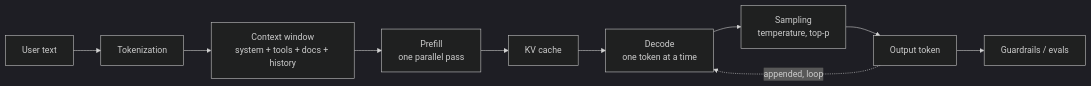
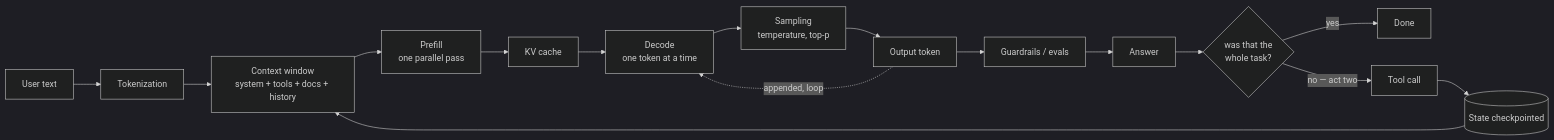
Before and after one commit to skrisshnaswamy/mnemosyne: the diagram in math -> machine/LLM Engineering.md, drawn with Mermaid (dark theme). The commit also changed other lines of this file and 189 other files, not shown here.

````diff
--- a/math -> machine/LLM Engineering.md
+++ b/math -> machine/LLM Engineering.md
@@ -151,12 +269,18 @@
 ```mermaid
 flowchart LR
   U["User text"] --> T["Tokenization"]
   T --> C["Context window<br/>system + tools + docs + history"]
   C --> P["Prefill<br/>one parallel pass"]
   P --> KV["KV cache"]
   KV --> D["Decode<br/>one token at a time"]
   D --> S["Sampling<br/>temperature, top-p"]
   S --> O["Output token"]
   O -.appended, loop.-> D
   O --> G["Guardrails / evals"]
+  G --> ANS["Answer"]
+  ANS --> LOOP{"was that the<br/>whole task?"}
+  LOOP -- yes --> DONE["Done"]
+  LOOP -- "no — act two" --> TOOL["Tool call"]
+  TOOL --> ST[("State checkpointed")]
+  ST --> C
 ```
````
